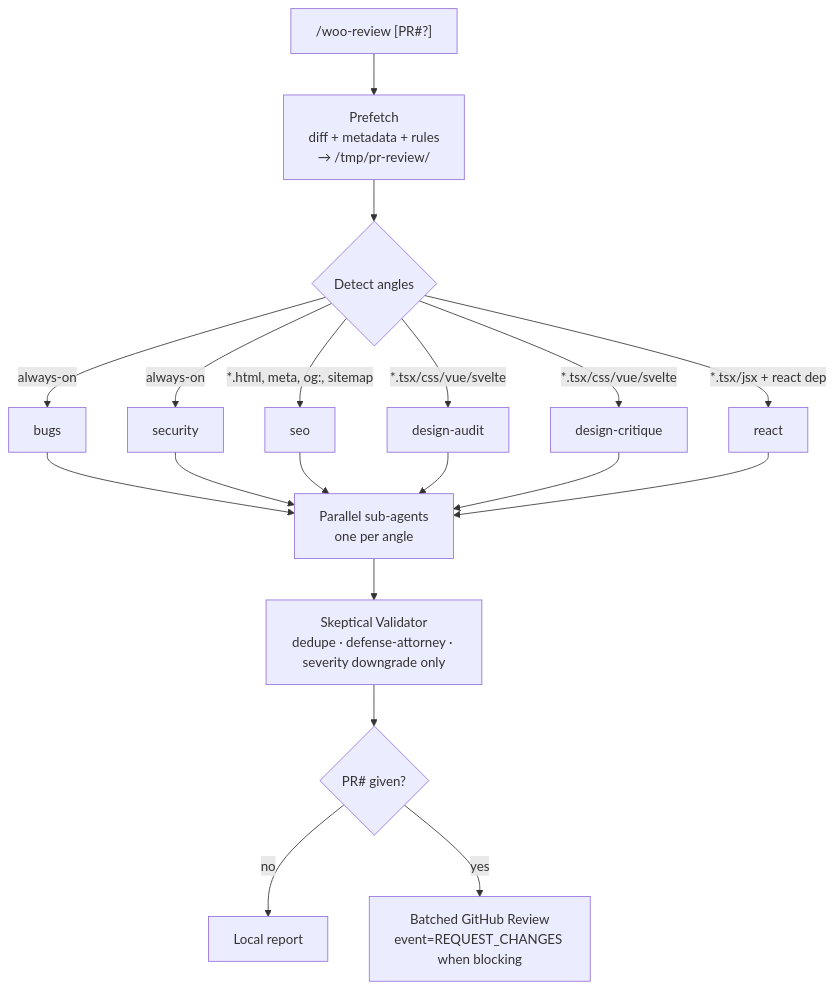
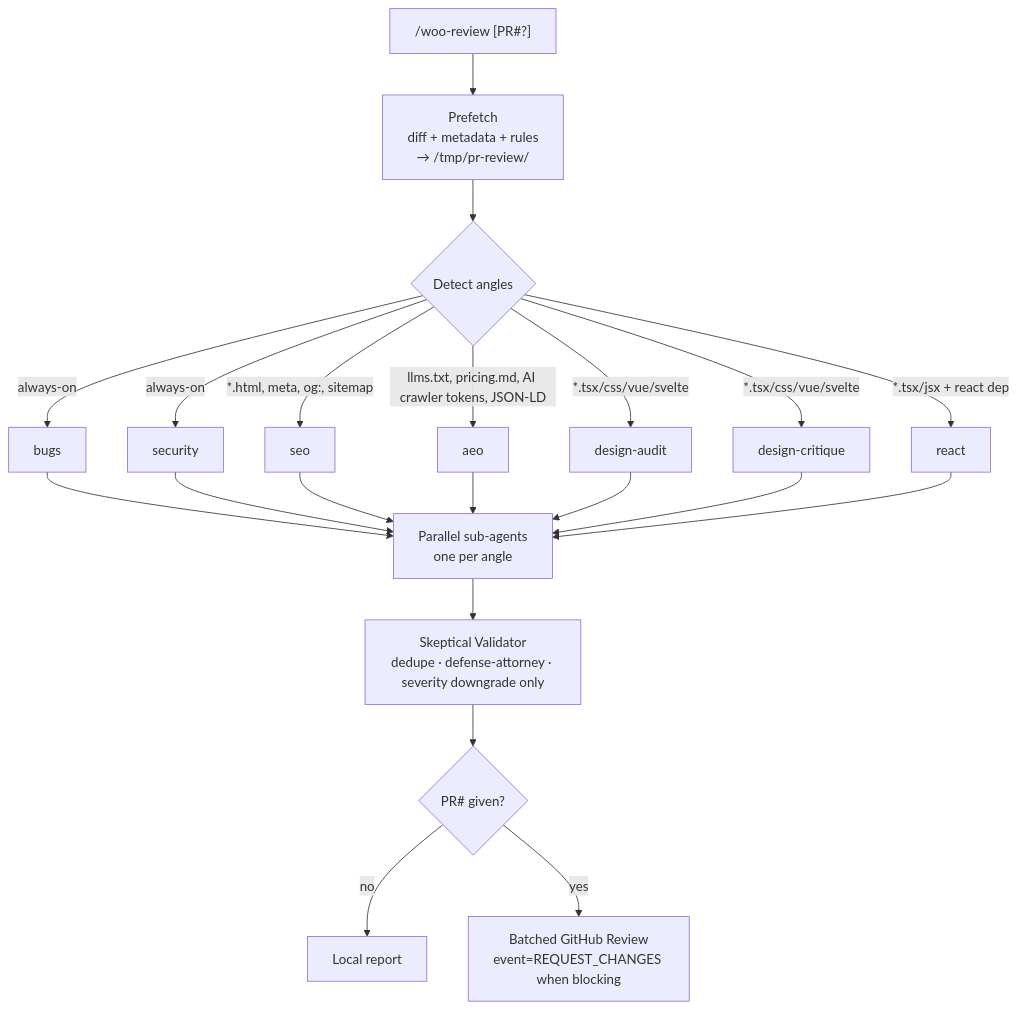
Before and after one commit to howarewoo/woo-review: the diagram in README.md, drawn with Mermaid. The commit also changed other lines of this file and 7 other files, not shown here.

First line of the commit message:
feat(aeo): add Answer Engine Optimization review angle

````diff
--- a/README.md
+++ b/README.md
@@ -34,16 +34,17 @@
 ```mermaid
 flowchart TD
     A["/woo-review [PR#?]"] --> B[Prefetch<br/>diff + metadata + rules<br/>→ /tmp/pr-review/]
     B --> C{Detect angles}
     C -->|always-on| D1[bugs]
     C -->|always-on| D2[security]
     C -->|*.html, meta, og:, sitemap| D3[seo]
+    C -->|llms.txt, pricing.md, AI crawler tokens, JSON-LD| D3a[aeo]
     C -->|*.tsx/css/vue/svelte| D4[design-audit]
     C -->|*.tsx/css/vue/svelte| D5[design-critique]
     C -->|*.tsx/jsx + react dep| D6[react]
-    D1 & D2 & D3 & D4 & D5 & D6 --> E[Parallel sub-agents<br/>one per angle]
+    D1 & D2 & D3 & D3a & D4 & D5 & D6 --> E[Parallel sub-agents<br/>one per angle]
     E --> F[Skeptical Validator<br/>dedupe · defense-attorney · severity downgrade only]
     F --> G{PR# given?}
     G -->|no| H[Local report]
     G -->|yes| I[Batched GitHub Review<br/>event=REQUEST_CHANGES when blocking]
 ```
````
